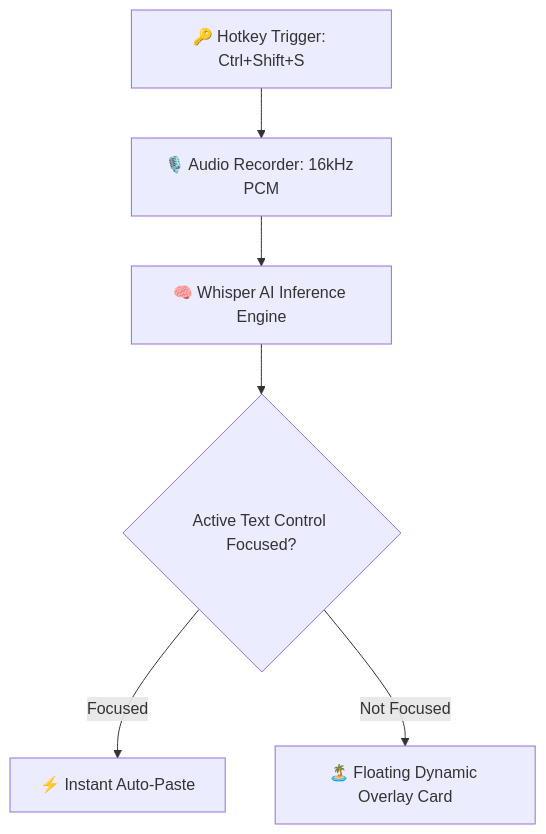
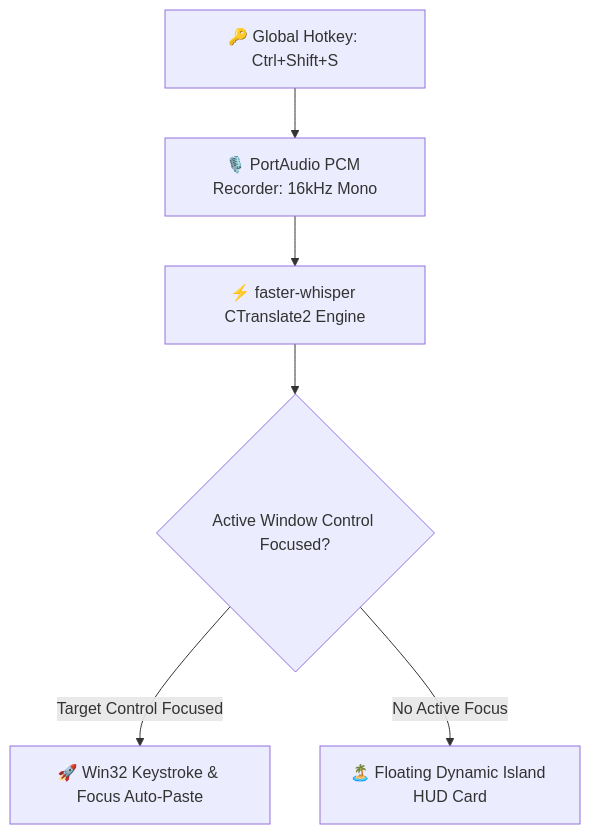
Before and after one commit to iqandeq006-hue/ECHO: the diagram in README.md, drawn with Mermaid. The commit also changed other lines of this file, not shown here.

Commit message:
Elevate README with official logo, SpideyAgent-style badges, benchmarks, and architecture scorecard

````diff
--- a/README.md
+++ b/README.md
@@ -24,8 +51,8 @@
 ```mermaid
 flowchart TD
-    A[🔑 Hotkey Trigger: Ctrl+Shift+S] --> B[🎙️ Audio Recorder: 16kHz PCM]
-    B --> C[🧠 Whisper AI Inference Engine]
-    C --> D{Active Text Control Focused?}
-    D -- Focused --> E[⚡ Instant Auto-Paste]
-    D -- Not Focused --> F[🏝️ Floating Dynamic Overlay Card]
+    A[🔑 Global Hotkey: Ctrl+Shift+S] --> B[🎙️ PortAudio PCM Recorder: 16kHz Mono]
+    B --> C[⚡ faster-whisper CTranslate2 Engine]
+    C --> D{Active Window Control Focused?}
+    D -- Target Control Focused --> E[🚀 Win32 Keystroke & Focus Auto-Paste]
+    D -- No Active Focus --> F[🏝️ Floating Dynamic Island HUD Card]
 ```
````
